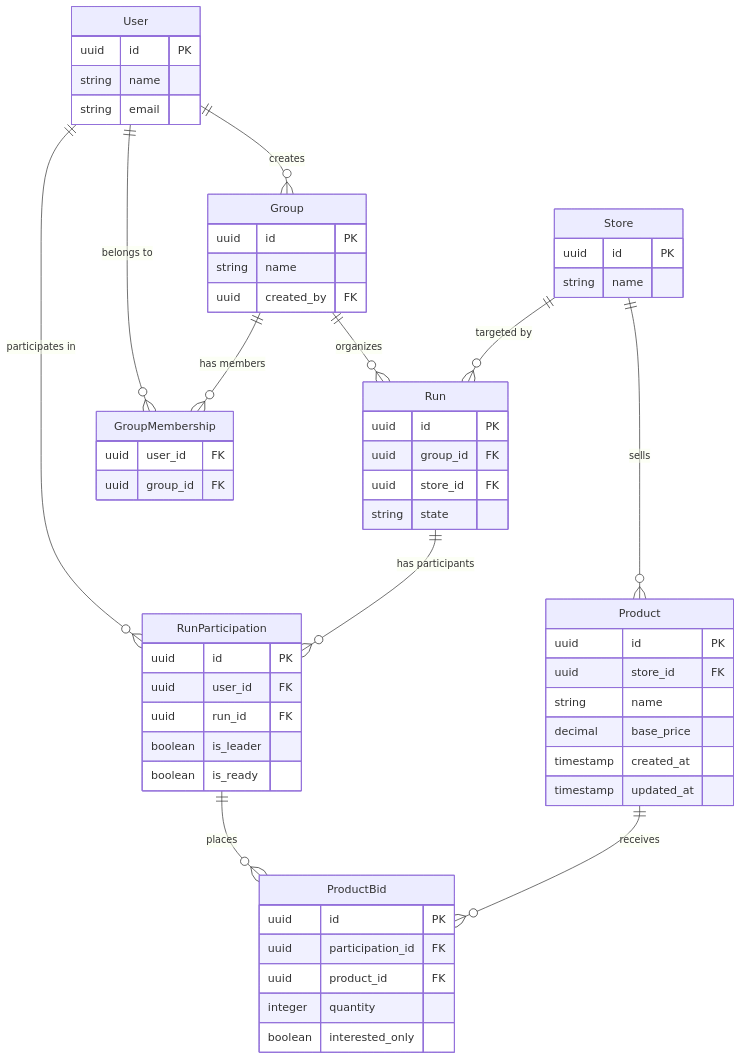
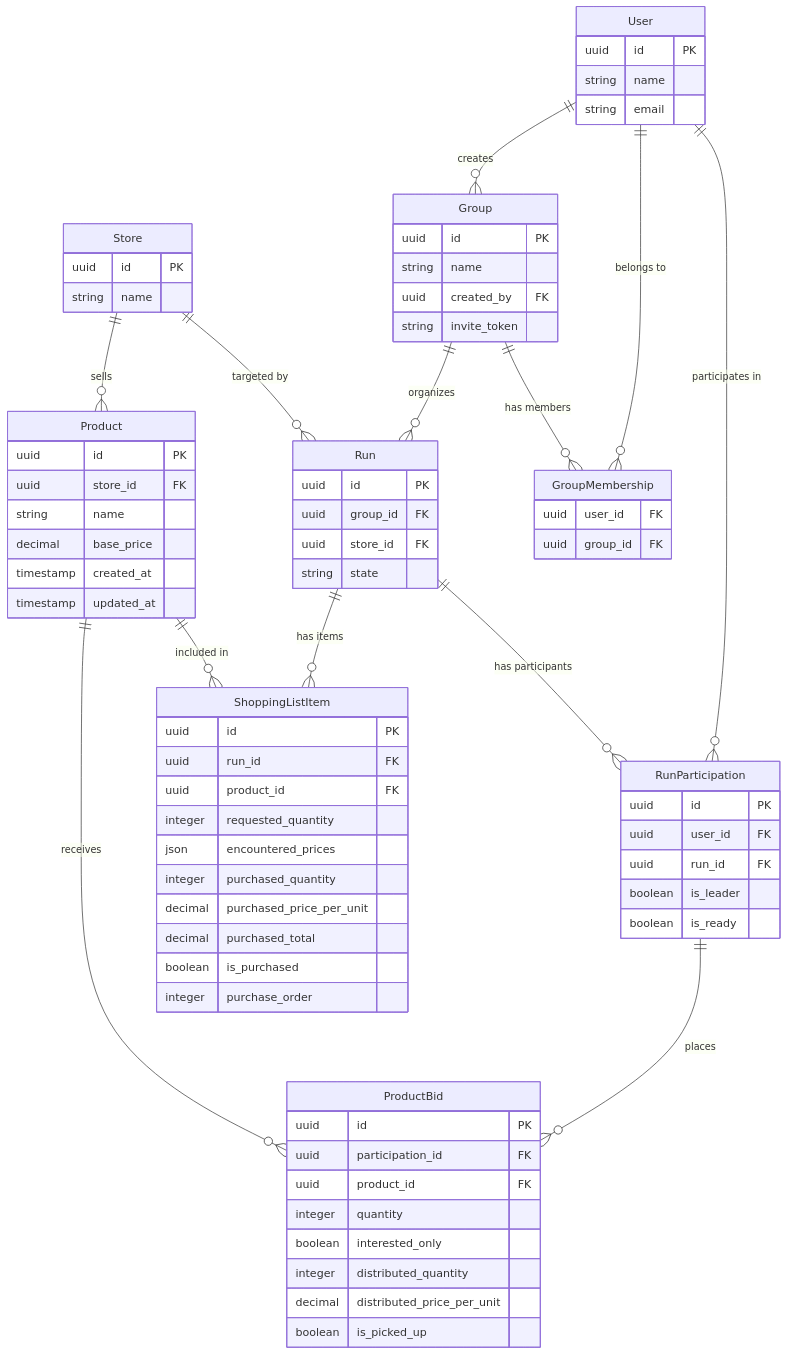
One commit to nedrrelm/bulq changed the diagram in docs/database_schema.md. Above: the diagram before and after it, drawn with Mermaid. The commit also changed other lines of this file, not shown here.

Commit message:
Update database schema docs

````diff
--- a/docs/database_schema.md
+++ b/docs/database_schema.md
@@ -14,6 +14,7 @@
         uuid id PK
         string name
         uuid created_by FK
+        string invite_token
     }
     
     Run {
@@ -51,6 +52,22 @@
         uuid product_id FK
         integer quantity
         boolean interested_only
+        integer distributed_quantity
+        decimal distributed_price_per_unit
+        boolean is_picked_up
+    }
+
+    ShoppingListItem {
+        uuid id PK
+        uuid run_id FK
+        uuid product_id FK
+        integer requested_quantity
+        json encountered_prices
+        integer purchased_quantity
+        decimal purchased_price_per_unit
+        decimal purchased_total
+        boolean is_purchased
+        integer purchase_order
     }
     
     GroupMembership {
@@ -68,4 +85,6 @@
     RunParticipation ||--o{ ProductBid : "places"
     Product ||--o{ ProductBid : "receives"
     User ||--o{ Group : "creates"
+    Run ||--o{ ShoppingListItem : "has items"
+    Product ||--o{ ShoppingListItem : "included in"
 ```
````
